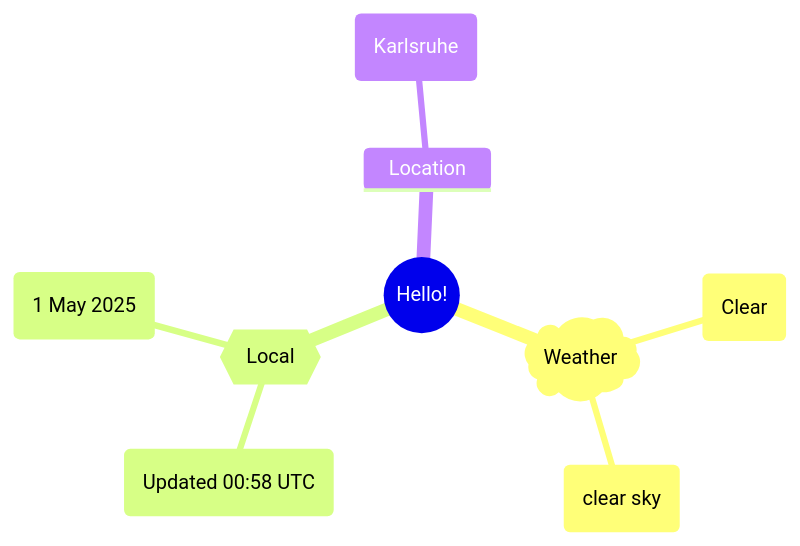
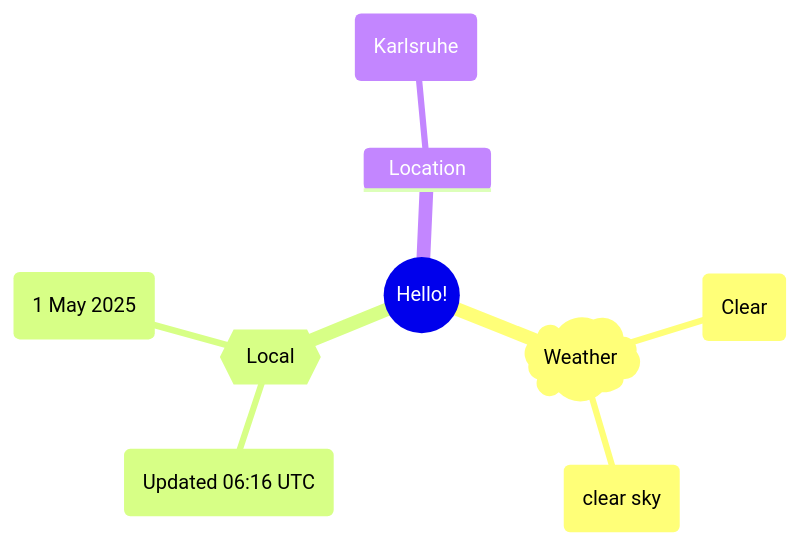
Before and after one commit to Xosrov/Xosrov: the first of 2 diagrams in README.md, drawn with Mermaid.

Commit message:
[bot] updated images

````diff
--- a/README.md
+++ b/README.md
@@ -3,12 +3,12 @@
 ```mermaid
 mindmap
   root((Hello!))
     )Weather(
         (Clear)
         (clear sky)
     {{Local}}
-        (Updated 00:58 UTC)
+        (Updated 06:16 UTC)
         (1 May 2025)
     Location
         (Karlsruhe)
 ```
````
